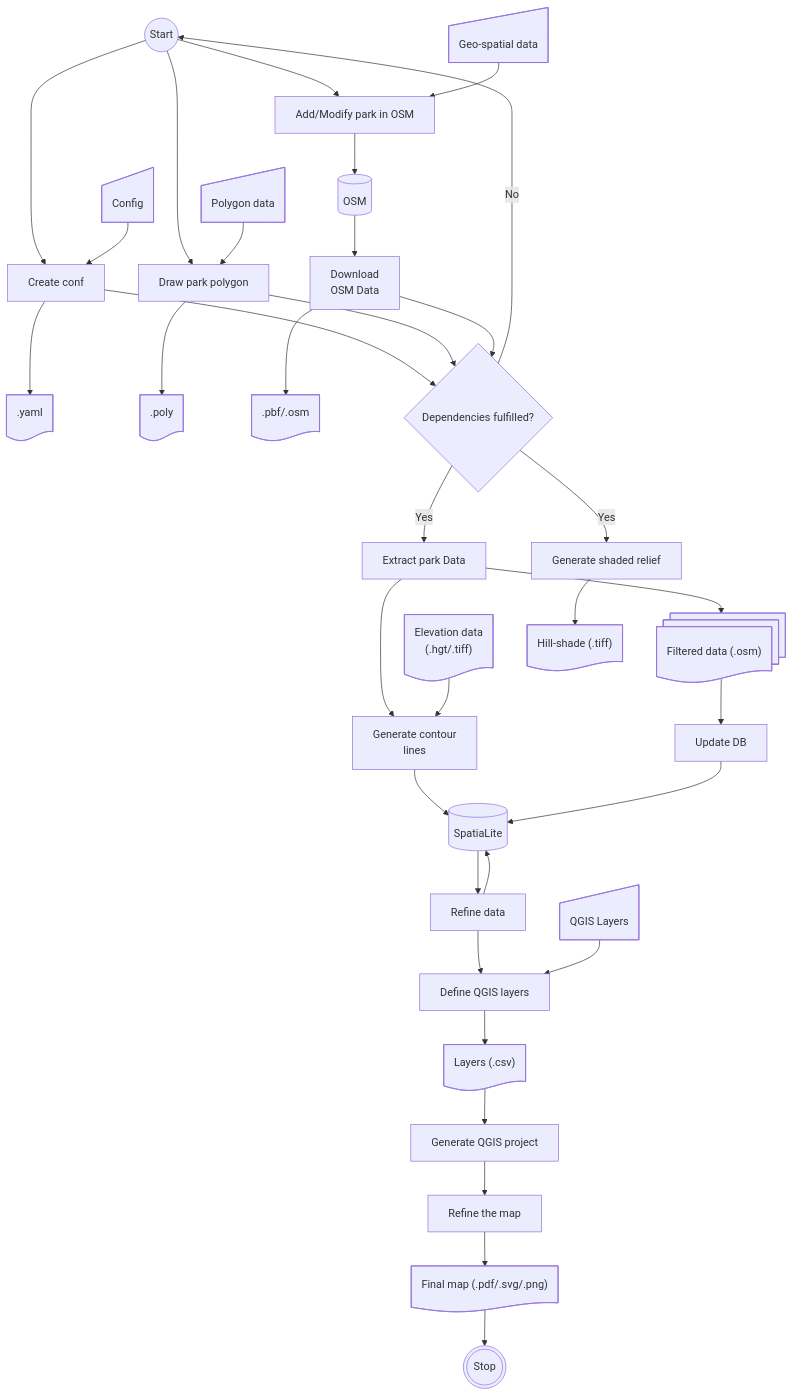
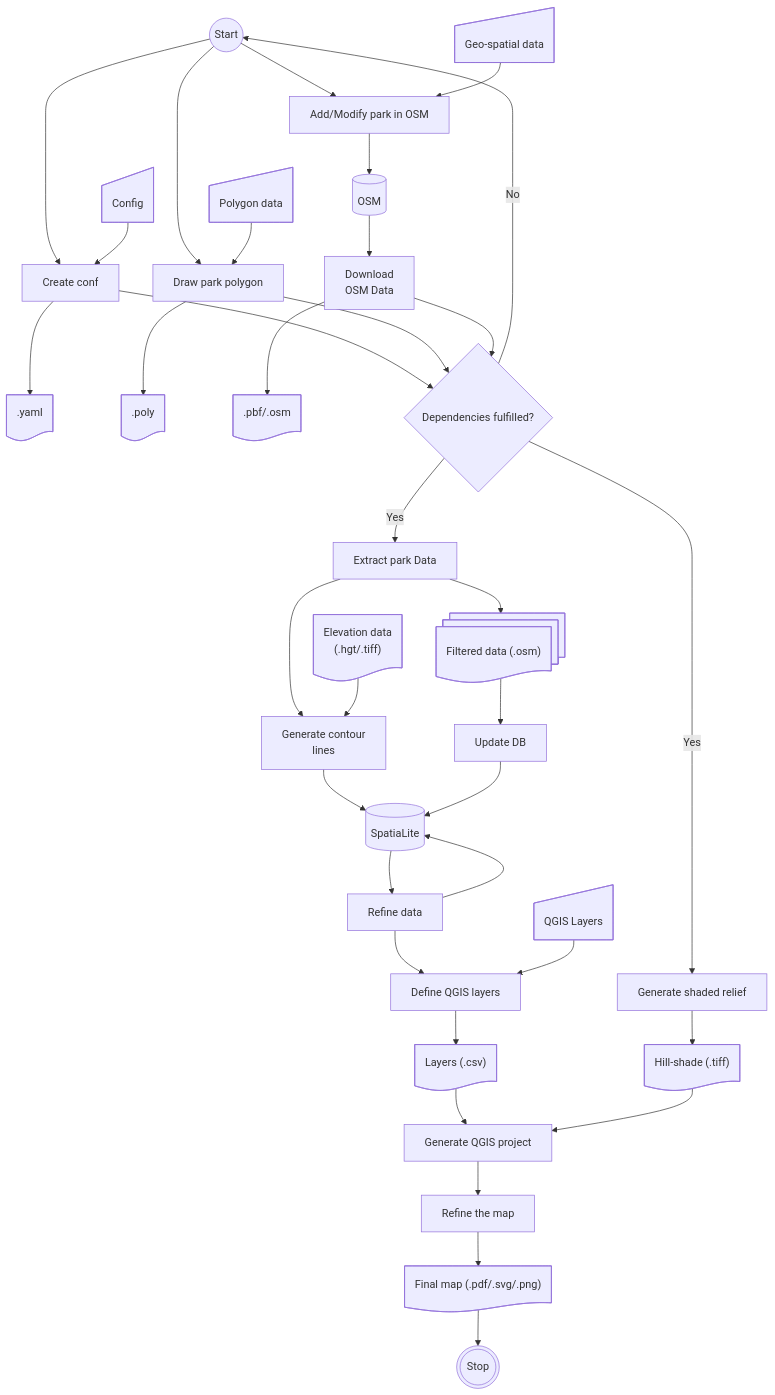
The diagram in README.md (supunj/sl-np-mapping), drawn with Mermaid before and after one commit.

````diff
--- a/README.md
+++ b/README.md
@@ -47,70 +47,71 @@
 ```mermaid
         flowchart TD
             start@{ shape: circle, label: "Start" }
             conf_data@{ shape: manual-input, label: "Config" }
             create_conf@{ shape: rect, label: "Create conf" }
             conf_yaml@{ shape: doc, label: ".yaml" }
             park_data@{ shape: manual-input, label: "Geo-spatial data" }
             osm_mapping@{ shape: rect, label: "Add/Modify park in OSM" }
             josm@{ shape: manual-input, label: "Polygon data" }
             park_poly_create@{ shape: rect, label: "Draw park polygon" }
             park_poly@{ shape: doc, label: ".poly" }
             osm_db@{ shape: cyl, label: "OSM" }
             osm_download@{ shape: rect, label: "Download \n OSM Data" }
             osm_data@{ shape: doc, label: ".pbf/.osm" }
             extract_park_data@{ shape: rect, label: "Extract park Data" }
             filtered_osm_data@{ shape: docs, label: "Filtered data (.osm)" }
             elevation_data@{ shape: doc, label: "Elevation data \n (.hgt/.tiff)" }
             gen_contour_lines@{ shape: rect, label: "Generate contour \n lines" }
             update_db@{ shape: rect, label: "Update DB" }
             spatialite@{ shape: cyl, label: "SpatiaLite" }
             refine_data@{ shape: rect, label: "Refine data" }
             generate_shaded_relief@{ shape: rect, label: "Generate shaded relief" }
             hill_shade_raster@{ shape: doc, label: "Hill-shade (.tiff)" }
             qgis_layers@{ shape: manual-input, label: "QGIS Layers" }
             define_qgis_layers@{ shape: rect, label: "Define QGIS layers" }
             qgis_layer_definitions@{ shape: doc, label: "Layers (.csv)" }
             generate_qgis_project@{ shape: rect, label: "Generate QGIS project" }
             refine_qgis_project@{ shape: rect, label: "Refine the map" }
             final_map@{ shape: doc, label: "Final map (.pdf/.svg/.png)" }
             stop@{ shape: dbl-circ, label: "Stop" }
             
             start --> create_conf
             conf_data --> create_conf
             create_conf --> conf_yaml
             start --> osm_mapping
             park_data --> osm_mapping
             start --> park_poly_create
             josm --> park_poly_create
             park_poly_create --> park_poly
             osm_mapping --> osm_db
             osm_db --> osm_download
             osm_download --> osm_data
             create_conf --> dependencies{Dependencies fulfilled?}
             park_poly_create --> dependencies{Dependencies fulfilled?}
             osm_download --> dependencies{Dependencies fulfilled?}
             dependencies --> |Yes| extract_park_data
             dependencies --> |Yes| generate_shaded_relief
             dependencies --> |No| start
             %%{conf_yaml --> extract_park_data}%%
             %%{park_poly --> extract_park_data}%%
             %%{osm_data --> extract_park_data}%%
             extract_park_data --> filtered_osm_data
             generate_shaded_relief --> hill_shade_raster
             extract_park_data --> gen_contour_lines
             elevation_data --> gen_contour_lines
             %%{conf_yaml --> gen_contour_lines}%%
             %%{park_poly --> gen_contour_lines}%%
             filtered_osm_data --> update_db
             gen_contour_lines --> spatialite
             update_db --> spatialite
             spatialite --> refine_data
             refine_data --> spatialite
             refine_data --> define_qgis_layers
             qgis_layers --> define_qgis_layers
             define_qgis_layers --> qgis_layer_definitions
             qgis_layer_definitions --> generate_qgis_project
+            hill_shade_raster --> generate_qgis_project
             generate_qgis_project --> refine_qgis_project
             refine_qgis_project --> final_map
             final_map --> stop
    ```
````
